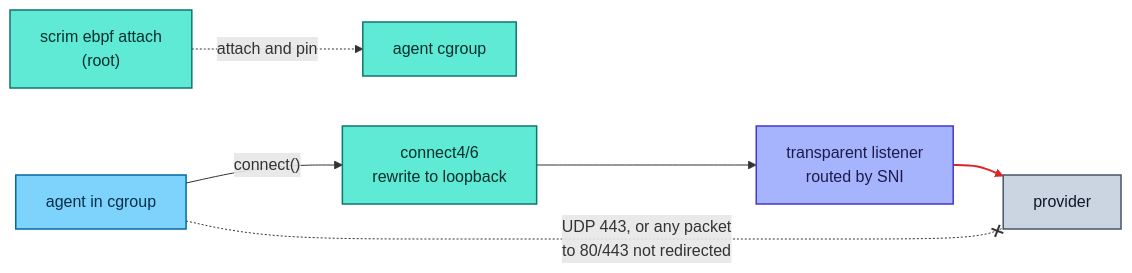
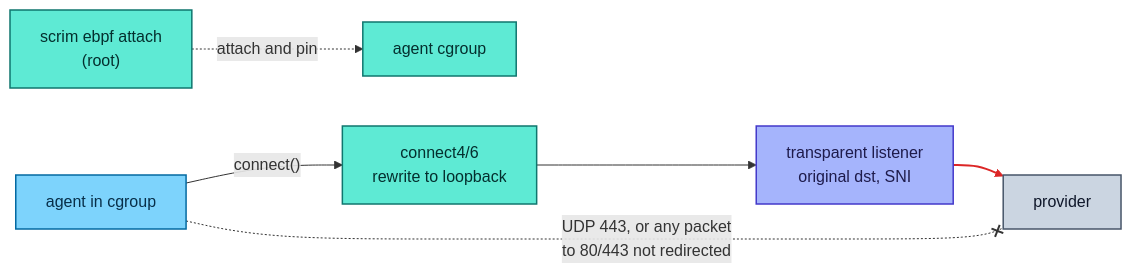
One commit to Heliopsy/scrim changed the fourth of 9 diagrams in docs/interception.md. Above: the diagram before and after it, drawn with Mermaid. The commit also changed other lines of this file and 16 other files, not shown here.

````diff
--- a/docs/interception.md
+++ b/docs/interception.md
@@ -472,16 +474,16 @@
 ```mermaid
 flowchart LR
   loader["scrim ebpf attach<br>(root)"] -. "attach and pin" .-> cg["agent cgroup"]
   agent["agent in cgroup"] -- "connect()" --> hook["connect4/6<br>rewrite to loopback"]
-  hook --> tl["transparent listener<br>routed by SNI"] --> prov["provider"]
+  hook --> tl["transparent listener<br>original dst, SNI"] --> prov["provider"]
   agent -. "UDP 443, or any packet<br>to 80/443 not redirected" .-x prov
   classDef agent fill:#7dd3fc,stroke:#0369a1,stroke-width:1.5px,color:#082f49
   classDef dplane fill:#a5b4fc,stroke:#4338ca,stroke-width:1.5px,color:#1e1b4b
   classDef ext fill:#cbd5e1,stroke:#475569,stroke-width:1.5px,color:#0f172a
   classDef enforce fill:#5eead4,stroke:#0f766e,stroke-width:1.5px,color:#042f2e
   class loader,cg,hook enforce
   class agent agent
   class tl dplane
   class prov ext
   linkStyle 3 stroke:#dc2626,stroke-width:2px
 ```
````
